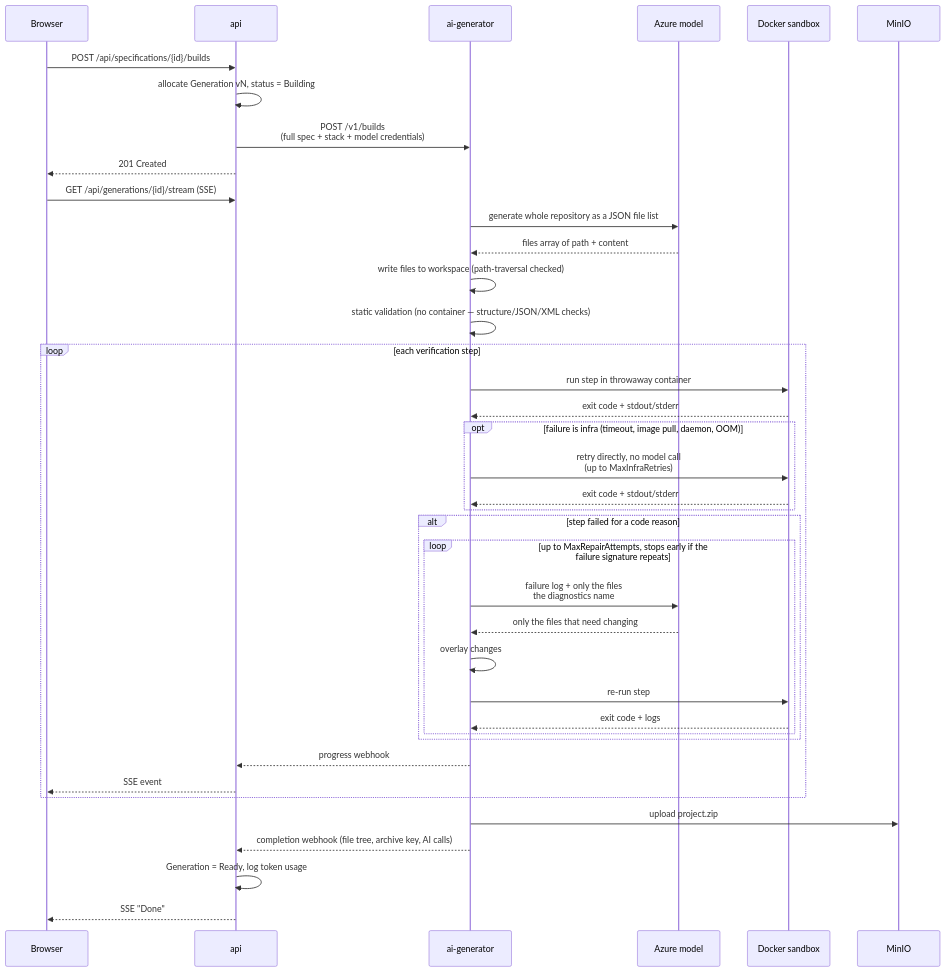
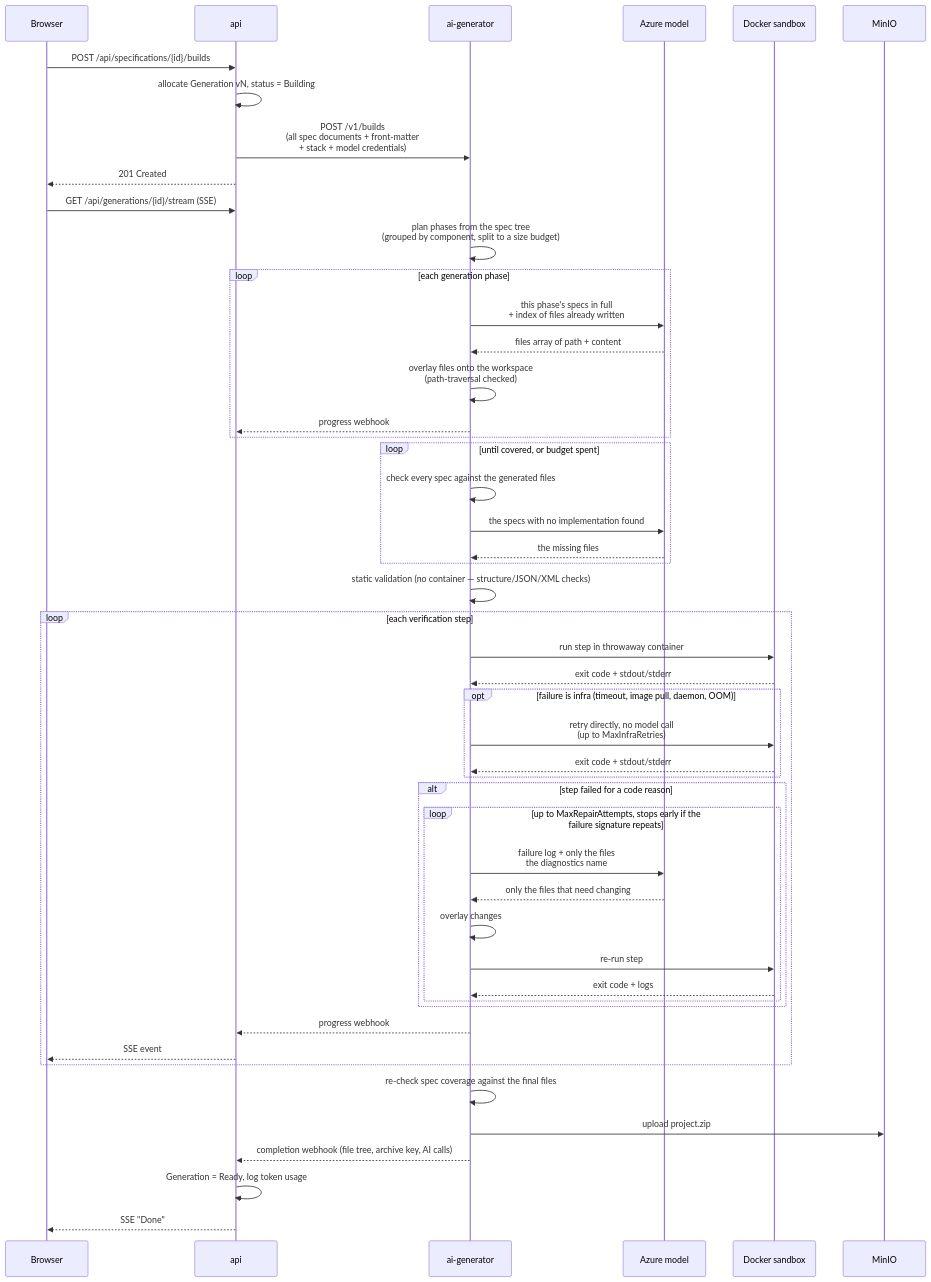
Before and after one commit to Viorelll/vi-ai-studio: the second of 5 diagrams in README.md, drawn with Mermaid. The commit also changed other lines of this file and 11 other files, not shown here.

````diff
--- a/README.md
+++ b/README.md
@@ -86,45 +88,58 @@
 ```mermaid
 sequenceDiagram
     participant U as Browser
     participant A as api
     participant G as ai-generator
     participant M as Azure model
     participant D as Docker sandbox
     participant S as MinIO
 
     U->>A: POST /api/specifications/{id}/builds
     A->>A: allocate Generation vN, status = Building
-    A->>G: POST /v1/builds<br/>(full spec + stack + model credentials)
+    A->>G: POST /v1/builds<br/>(all spec documents + front-matter<br/>+ stack + model credentials)
     A-->>U: 201 Created
     U->>A: GET /api/generations/{id}/stream (SSE)
 
-    G->>M: generate whole repository as a JSON file list
-    M-->>G: files array of path + content
-    G->>G: write files to workspace (path-traversal checked)
+    G->>G: plan phases from the spec tree<br/>(grouped by component, split to a size budget)
+
+    loop each generation phase
+        G->>M: this phase's specs in full<br/>+ index of files already written
+        M-->>G: files array of path + content
+        G->>G: overlay files onto the workspace<br/>(path-traversal checked)
+        G-->>A: progress webhook
+    end
+
+    loop until covered, or budget spent
+        G->>G: check every spec against the generated files
+        G->>M: the specs with no implementation found
+        M-->>G: the missing files
+    end
+
     G->>G: static validation (no container — structure/JSON/XML checks)
 
     loop each verification step
         G->>D: run step in throwaway container
         D-->>G: exit code + stdout/stderr
         opt failure is infra (timeout, image pull, daemon, OOM)
             G->>D: retry directly, no model call<br/>(up to MaxInfraRetries)
             D-->>G: exit code + stdout/stderr
         end
         alt step failed for a code reason
             loop up to MaxRepairAttempts, stops early if the<br/>failure signature repeats
                 G->>M: failure log + only the files<br/>the diagnostics name
                 M-->>G: only the files that need changing
                 G->>G: overlay changes
                 G->>D: re-run step
                 D-->>G: exit code + logs
             end
         end
         G-->>A: progress webhook
         A-->>U: SSE event
     end
 
+    G->>G: re-check spec coverage against the final files
     G->>S: upload project.zip
     G-->>A: completion webhook (file tree, archive key, AI calls)
     A->>A: Generation = Ready, log token usage
     A-->>U: SSE "Done"
 ```
````
